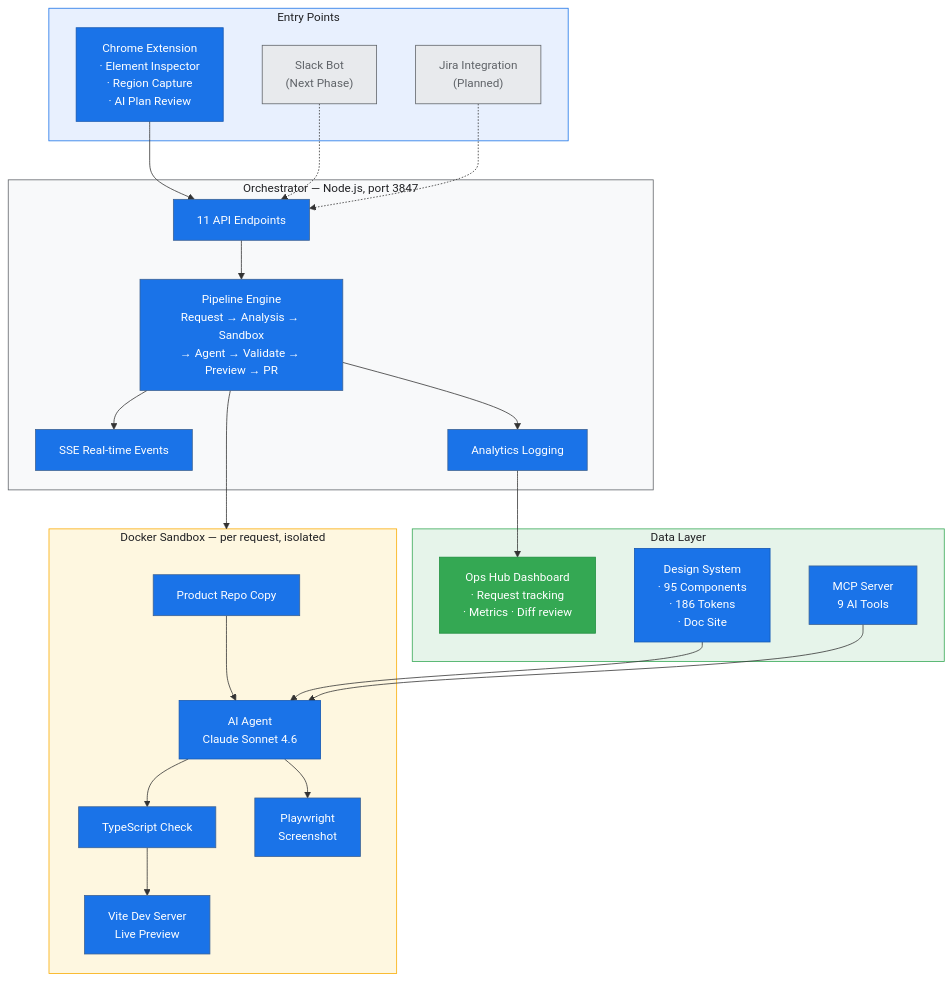
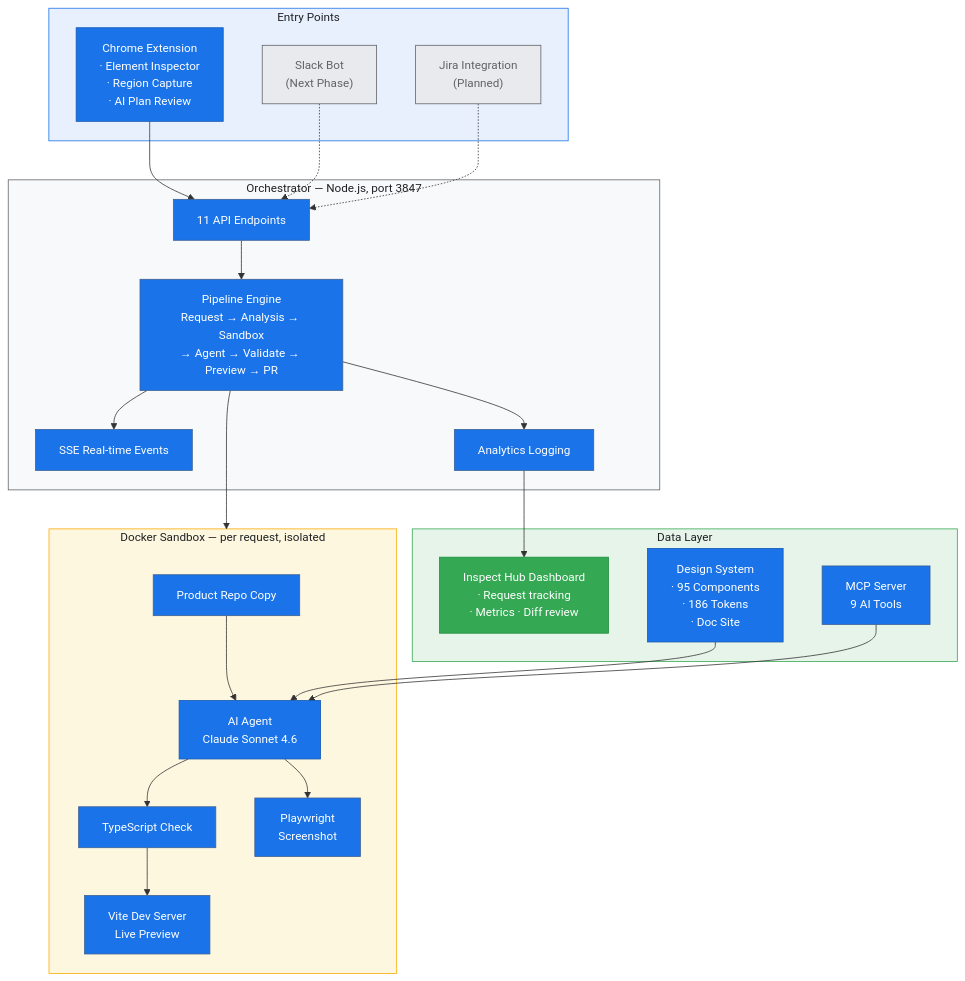
The diagram in docs/images/02-architecture.mmd (kyungjaeha-moloco/moloco-inspect), drawn with Mermaid before and after one commit. The commit also changed 1 other file, not shown here.

Commit message:
rename: remaining Ops Hub → Inspect Hub in README and Mermaid diagram

```diff
--- a/docs/images/02-architecture.mmd
+++ b/docs/images/02-architecture.mmd
@@ -1,52 +1,52 @@
 %%{init: {'theme': 'base', 'themeVariables': { 'primaryColor': '#1a73e8', 'primaryTextColor': '#ffffff', 'lineColor': '#333333', 'fontSize': '15px', 'fontFamily': 'Inter, Helvetica, Arial, sans-serif' }}}%%
 flowchart TB
     subgraph ENTRY["Entry Points"]
         EXT["Chrome Extension\n· Element Inspector\n· Region Capture\n· AI Plan Review"]
         SLACK["Slack Bot\n(Next Phase)"]
         JIRA["Jira Integration\n(Planned)"]
     end
 
     subgraph ORCH["Orchestrator — Node.js, port 3847"]
         API["11 API Endpoints"]
         PIPE["Pipeline Engine\nRequest → Analysis → Sandbox\n→ Agent → Validate → Preview → PR"]
         SSE["SSE Real-time Events"]
         ANALYTICS["Analytics Logging"]
     end
 
     subgraph SANDBOX["Docker Sandbox — per request, isolated"]
         REPO["Product Repo Copy"]
         AGENT["AI Agent\nClaude Sonnet 4.6"]
         TSC["TypeScript Check"]
         VITE["Vite Dev Server\nLive Preview"]
         PW["Playwright\nScreenshot"]
     end
 
     subgraph DATA["Data Layer"]
-        OPS["Ops Hub Dashboard\n· Request tracking\n· Metrics · Diff review"]
+        OPS["Inspect Hub Dashboard\n· Request tracking\n· Metrics · Diff review"]
         DS["Design System\n· 95 Components\n· 186 Tokens\n· Doc Site"]
         MCP["MCP Server\n9 AI Tools"]
     end
 
     EXT --> API
     SLACK -.-> API
     JIRA -.-> API
     API --> PIPE
     PIPE --> SANDBOX
     PIPE --> SSE
     PIPE --> ANALYTICS
     REPO --> AGENT --> TSC --> VITE
     AGENT --> PW
     DS --> AGENT
     MCP --> AGENT
     ANALYTICS --> OPS
 
     style ENTRY fill:#e8f0fe,stroke:#1a73e8,color:#202124
     style ORCH fill:#f8f9fa,stroke:#5f6368,color:#202124
     style SANDBOX fill:#fef7e0,stroke:#f9ab00,color:#202124
     style DATA fill:#e6f4ea,stroke:#34a853,color:#202124
     style EXT fill:#1a73e8,stroke:#1557b0,color:#ffffff
     style SLACK fill:#e8eaed,stroke:#5f6368,color:#5f6368
     style JIRA fill:#e8eaed,stroke:#5f6368,color:#5f6368
     style AGENT fill:#1a73e8,stroke:#1557b0,color:#ffffff
     style OPS fill:#34a853,stroke:#1e8e3e,color:#ffffff
     style DS fill:#1a73e8,stroke:#1557b0,color:#ffffff
```
